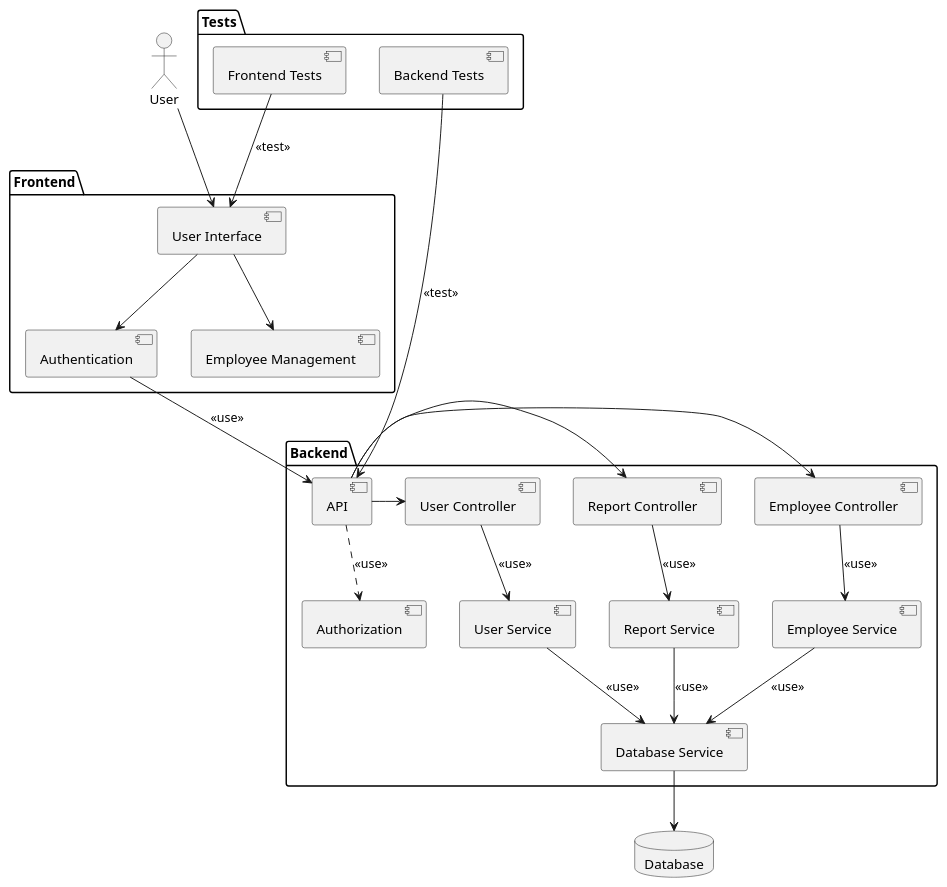
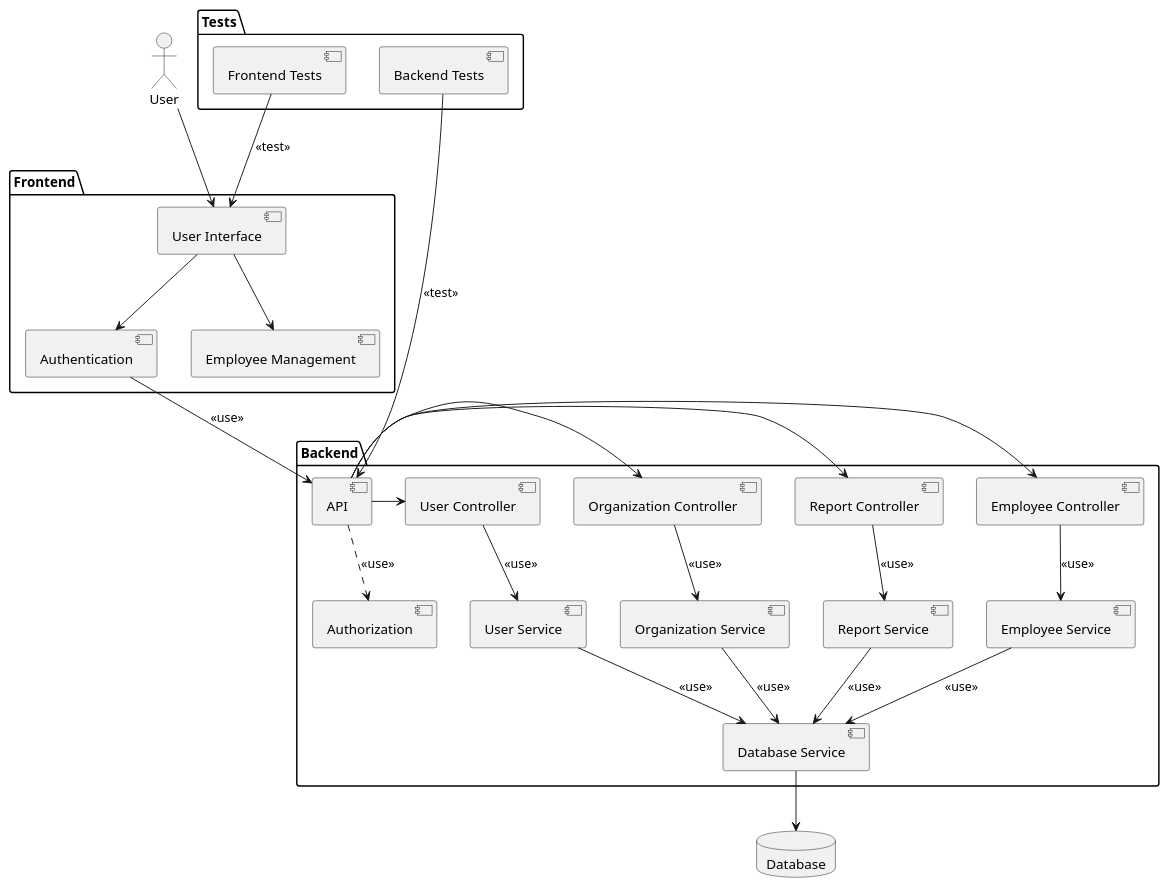
The diagram in docs/architecture/component.puml (Qerbz/timeliste-server), drawn with PlantUML before and after one commit. The commit also changed 1 other file, not shown here.

Commit message:
Added Organization controller and interface

```diff
--- a/docs/architecture/component.puml
+++ b/docs/architecture/component.puml
@@ -1,55 +1,59 @@
 @startuml
 
 actor User
 
 package "Frontend" {
   [User Interface] as UI
   [Authentication] as Auth
   [Employee Management] as EM
 }
 
 package "Backend" {
   [API] as API
   [Authorization] as APIAuth
   [Employee Controller] as EC
   [Report Controller] as RC
+  [Organization Controller] as OC
   [Employee Service] as ES
   [Report Service] as RS
+  [Organization Service] as OS
   [Database Service] as DBS
   [User Controller] as UC
   [User Service] as US
 }
 
 database "Database" as DB
 
 User --> UI
 UI --> Auth
 UI --> EM
 
 Auth --> API : <<use>>
 API ..> APIAuth : <<use>>
 
 API -right-> EC
 API -right-> RC
+API -right-> OC
 API -right-> UC
 
 EC --> ES : <<use>>
 RC --> RS : <<use>>
+OC --> OS : <<use>>
 UC --> US : <<use>>
 
 ES --> DBS : <<use>>
 RS --> DBS : <<use>>
+OS --> DBS : <<use>>
 US --> DBS : <<use>>
 
 DBS --> DB
-
 
 package "Tests" {
   [Frontend Tests] as FT
   [Backend Tests] as BT
 }
 
 FT --> UI : <<test>>
 BT --> API : <<test>>
 
 @enduml
```
